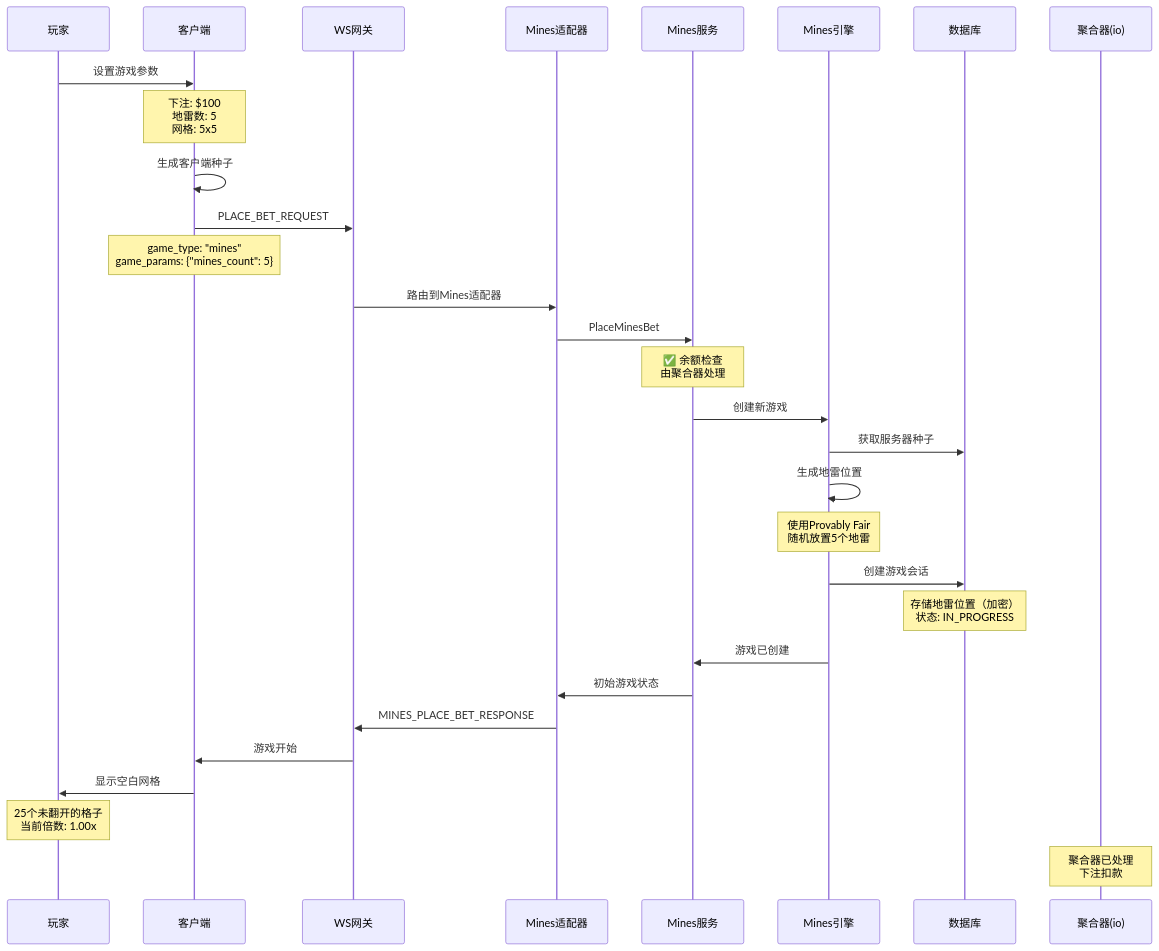
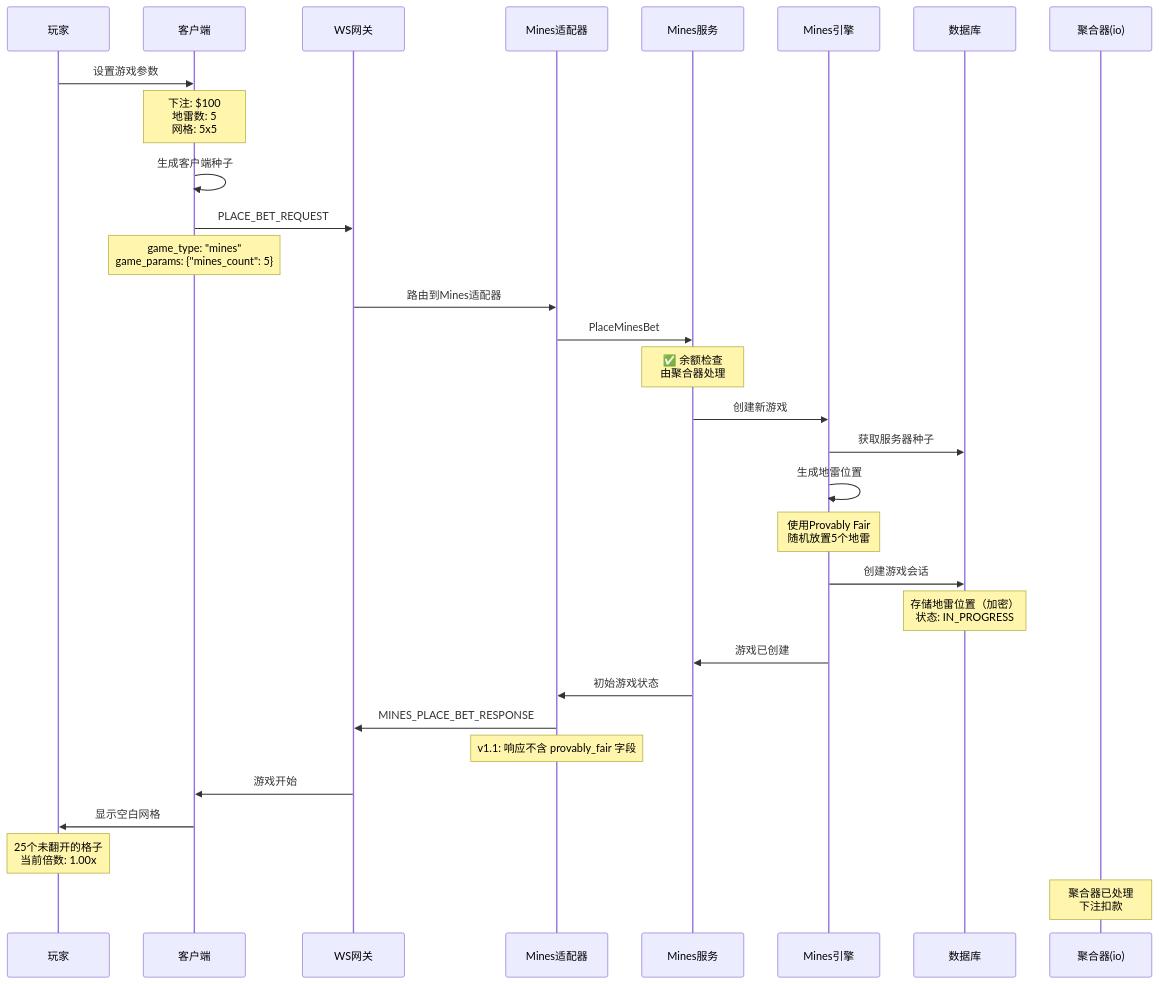
The ninth of 29 diagrams in sequence-diagrams-zh.md (infigaming-com/invoker-gh-pages), drawn with Mermaid before and after one commit. The commit also changed other lines of this file and 4 other files, not shown here.

````diff
--- a/sequence-diagrams-zh.md
+++ b/sequence-diagrams-zh.md
@@ -423,42 +425,43 @@
 ```mermaid
 sequenceDiagram
     participant Player as 玩家
     participant Client as 客户端
     participant WSGateway as WS网关
     participant MinesAdapter as Mines适配器
     participant MinesService as Mines服务
     participant MinesEngine as Mines引擎
     participant Database as 数据库
     participant Aggregator as 聚合器(io)
 
     Player->>Client: 设置游戏参数
     Note over Client: 下注: $100<br/>地雷数: 5<br/>网格: 5x5
     
     Client->>Client: 生成客户端种子
     Client->>WSGateway: PLACE_BET_REQUEST
     Note over Client: game_type: "mines"<br/>game_params: {"mines_count": 5}
     
     WSGateway->>MinesAdapter: 路由到Mines适配器
     MinesAdapter->>MinesService: PlaceMinesBet
     
     Note over MinesService: ✅ 余额检查<br/>由聚合器处理
     
     MinesService->>MinesEngine: 创建新游戏
     MinesEngine->>Database: 获取服务器种子
     MinesEngine->>MinesEngine: 生成地雷位置
     Note over MinesEngine: 使用Provably Fair<br/>随机放置5个地雷
     
     MinesEngine->>Database: 创建游戏会话
     Note over Database: 存储地雷位置（加密）<br/>状态: IN_PROGRESS
     
     MinesEngine->>MinesService: 游戏已创建
     MinesService->>MinesAdapter: 初始游戏状态
     
     MinesAdapter->>WSGateway: MINES_PLACE_BET_RESPONSE
+    Note over MinesAdapter: v1.1: 响应不含 provably_fair 字段
     WSGateway->>Client: 游戏开始
     
     Client->>Player: 显示空白网格
     Note over Player: 25个未翻开的格子<br/>当前倍数: 1.00x
 
     Note over Aggregator: 聚合器已处理<br/>下注扣款
 ```
````
